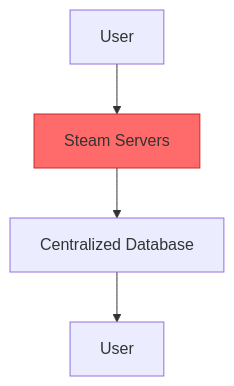
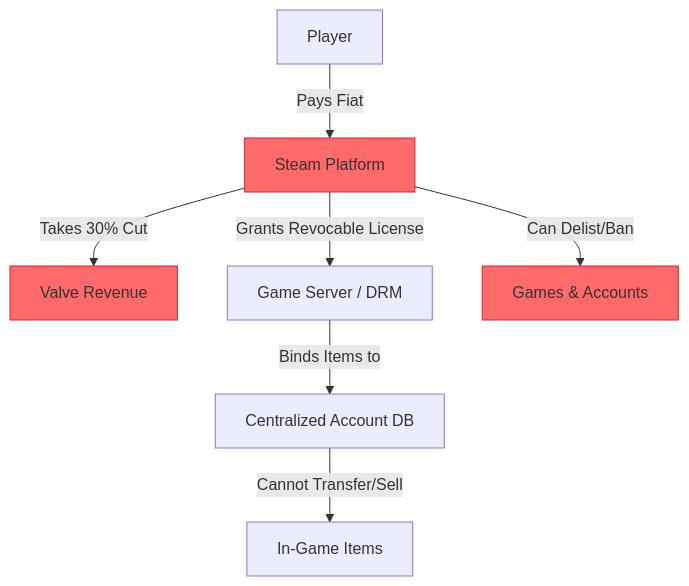
The first of 2 diagrams in 09-gaming/01-steam-to-web3-gaming.md (Elvatar2/Web2-To-Web3-Migration-Guide), drawn with Mermaid before and after one commit. The commit also changed other lines of this file, not shown here.

````diff
--- a/09-gaming/01-steam-to-web3-gaming.md
+++ b/09-gaming/01-steam-to-web3-gaming.md
@@ -52,8 +62,13 @@
 ```mermaid
 graph TB
-    A[User] --> B[Steam Servers]
-    B --> C[Centralized Database]
-    C --> D[User]
+    A[Player] -->|Pays Fiat| B[Steam Platform]
+    B -->|Takes 30% Cut| C[Valve Revenue]
+    B -->|Grants Revocable License| D[Game Server / DRM]
+    D -->|Binds Items to| E[Centralized Account DB]
+    E -->|Cannot Transfer/Sell| F[In-Game Items]
+    B -->|Can Delist/Ban| G[Games & Accounts]
 
     style B fill:#ff6b6b,stroke:#c92a2a
+    style C fill:#ff6b6b,stroke:#c92a2a
+    style G fill:#ff6b6b,stroke:#c92a2a
 ```
````
